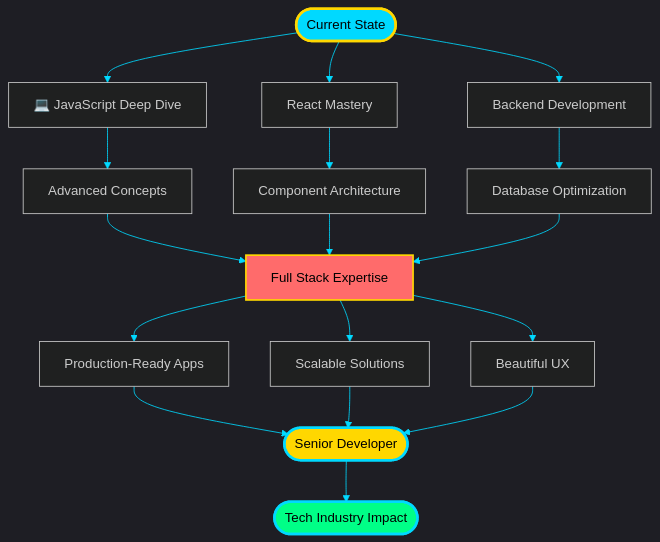
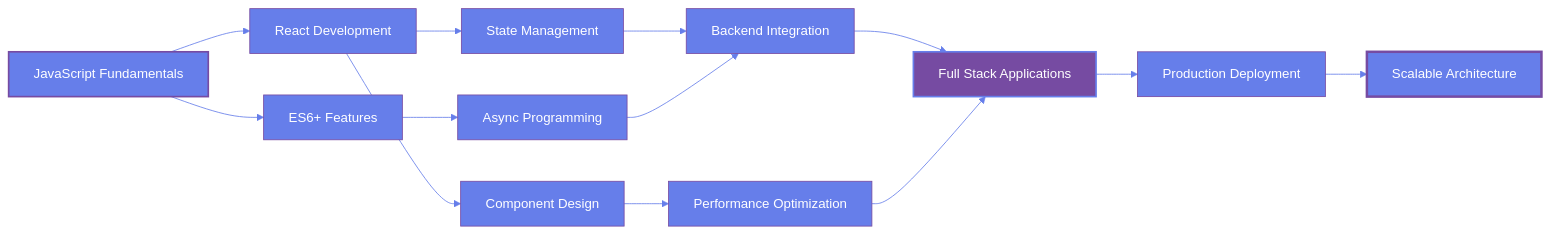
One commit to RakeshSenpai/RakeshSenpai changed the diagram in README.md. Above: the diagram before and after it, drawn with Mermaid. The commit also changed other lines of this file, not shown here.

````diff
--- a/README.md
+++ b/README.md
@@ -230,31 +287,23 @@
 ```mermaid
-%%{init: {'theme':'dark', 'themeVariables': { 'primaryColor':'#00D9FF','primaryTextColor':'#fff','primaryBorderColor':'#FFD700','lineColor':'#00D9FF','secondaryColor':'#1a1a2e','tertiaryColor':'#0D1117'}}}%%
+%%{init: {'theme':'base', 'themeVariables': {'primaryColor':'#667eea','primaryTextColor':'#fff','primaryBorderColor':'#764ba2','lineColor':'#667eea','secondaryColor':'#764ba2','tertiaryColor':'#0d1117','fontSize':'16px'}}}%%
 
-graph TB
-    Start([ Current State]) --> A[💻 JavaScript Deep Dive]
-    Start --> B[React Mastery]
-    Start --> C[Backend Development]
+graph LR
+    A[JavaScript Fundamentals] --> B[React Development]
+    B --> C[State Management]
+    C --> D[Backend Integration]
+    D --> E[Full Stack Applications]
+    E --> F[Production Deployment]
+    F --> G[Scalable Architecture]
     
-    A --> D[ Advanced Concepts]
-    B --> E[ Component Architecture]
-    C --> F[Database Optimization]
+    A --> H[ES6+ Features]
+    H --> I[Async Programming]
+    I --> D
     
-    D --> G[ Full Stack Expertise]
-    E --> G
-    F --> G
+    B --> J[Component Design]
+    J --> K[Performance Optimization]
+    K --> E
     
-    G --> H[ Production-Ready Apps]
-    G --> I[ Scalable Solutions]
-    G --> J[ Beautiful UX]
-    
-    H --> K([ Senior Developer])
-    I --> K
-    J --> K
-    
-    K --> L([ Tech Industry Impact])
-    
-    style Start fill:#00D9FF,stroke:#FFD700,stroke-width:3px,color:#000
-    style K fill:#FFD700,stroke:#00D9FF,stroke-width:3px,color:#000
-    style L fill:#00FF87,stroke:#00D9FF,stroke-width:3px,color:#000
-    style G fill:#FF6B6B,stroke:#FFD700,stroke-width:2px,color:#000
+    style A fill:#667eea,stroke:#764ba2,stroke-width:2px
+    style E fill:#764ba2,stroke:#667eea,stroke-width:2px
+    style G fill:#667eea,stroke:#764ba2,stroke-width:3px
 ```
````
